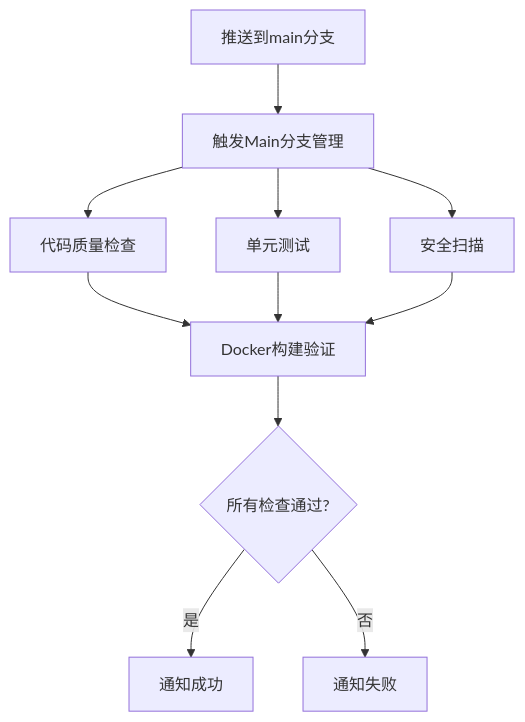
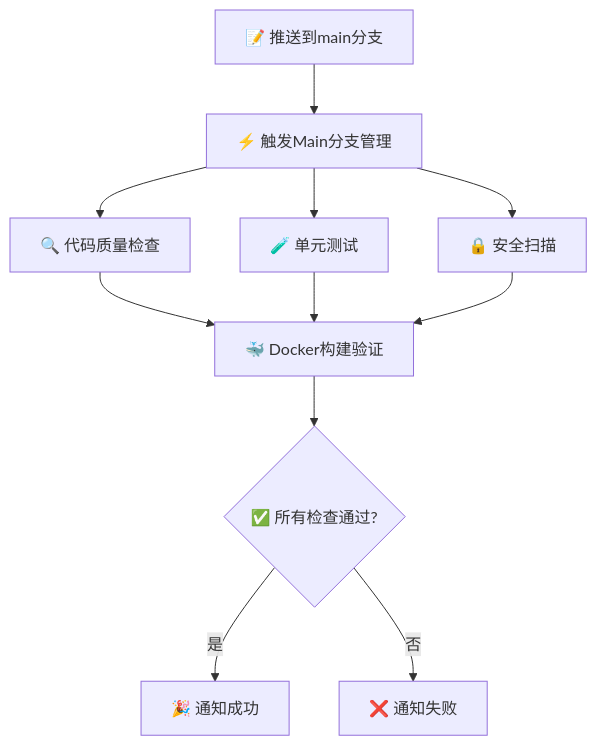
One commit to MartinLiuMingZhi/wiki-back changed the third of 4 diagrams in CI-CD.md. Above: the diagram before and after it, drawn with Mermaid. The commit also changed other lines of this file and 9 other files, not shown here.

````diff
--- a/CI-CD.md
+++ b/CI-CD.md
@@ -79,15 +89,15 @@
 ```mermaid
 graph TD
-    A[推送到main分支] --> B[触发Main分支管理]
-    B --> C[代码质量检查]
-    B --> D[单元测试]
-    B --> E[安全扫描]
+    A[📝 推送到main分支] --> B[⚡ 触发Main分支管理]
+    B --> C[🔍 代码质量检查]
+    B --> D[🧪 单元测试]
+    B --> E[🔒 安全扫描]
     
-    C --> F[Docker构建验证]
+    C --> F[🐳 Docker构建验证]
     D --> F
     E --> F
     
-    F --> G{所有检查通过?}
-    G -->|是| H[通知成功]
-    G -->|否| I[通知失败]
+    F --> G{✅ 所有检查通过?}
+    G -->|是| H[🎉 通知成功]
+    G -->|否| I[❌ 通知失败]
 ```
````
